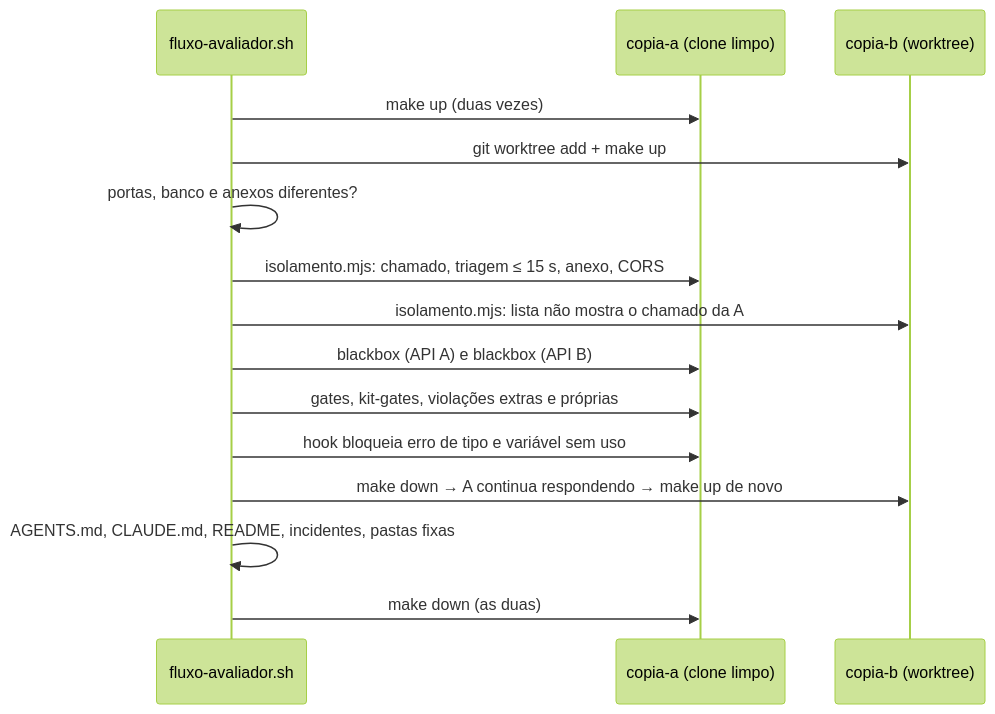
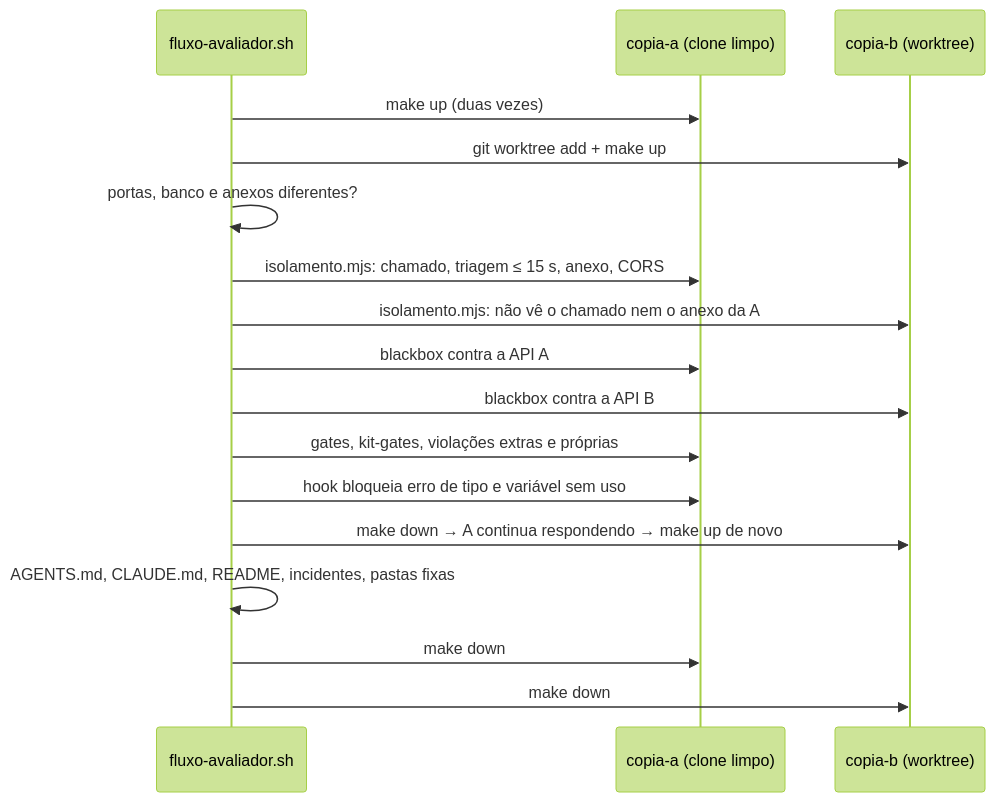
The second of 2 diagrams in docs/testes.md (aeciopires/mba-ia-desafio-harness-legado), drawn with Mermaid (forest theme) before and after one commit. The commit also changed other lines of this file and 2 other files, not shown here.

Commit message:
docs: diagramas Mermaid revisados com o mermaid-cli (rótulos sobrepostos, quebras e setas)

````diff
--- a/docs/testes.md
+++ b/docs/testes.md
@@ -58,17 +60,19 @@
 ```mermaid
 sequenceDiagram
   participant E as fluxo-avaliador.sh
   participant A as copia-a (clone limpo)
   participant B as copia-b (worktree)
   E->>A: make up (duas vezes)
   E->>B: git worktree add + make up
   E->>E: portas, banco e anexos diferentes?
   E->>A: isolamento.mjs: chamado, triagem ≤ 15 s, anexo, CORS
-  E->>B: isolamento.mjs: lista não mostra o chamado da A
-  E->>A: blackbox (API A) e blackbox (API B)
+  E->>B: isolamento.mjs: não vê o chamado nem o anexo da A
+  E->>A: blackbox contra a API A
+  E->>B: blackbox contra a API B
   E->>A: gates, kit-gates, violações extras e próprias
   E->>A: hook bloqueia erro de tipo e variável sem uso
   E->>B: make down → A continua respondendo → make up de novo
   E->>E: AGENTS.md, CLAUDE.md, README, incidentes, pastas fixas
-  E->>A: make down (as duas)
+  E->>A: make down
+  E->>B: make down
 ```
````
